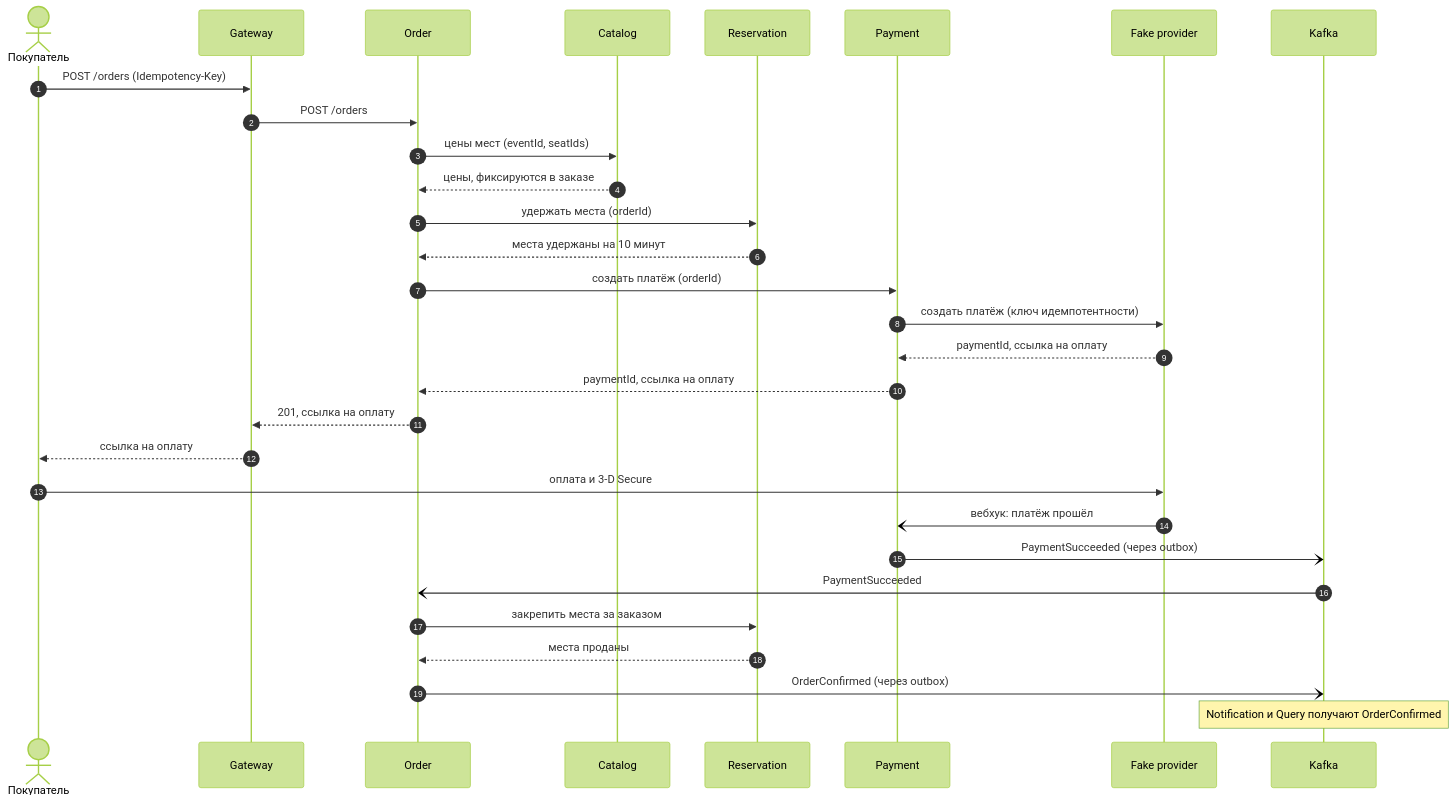
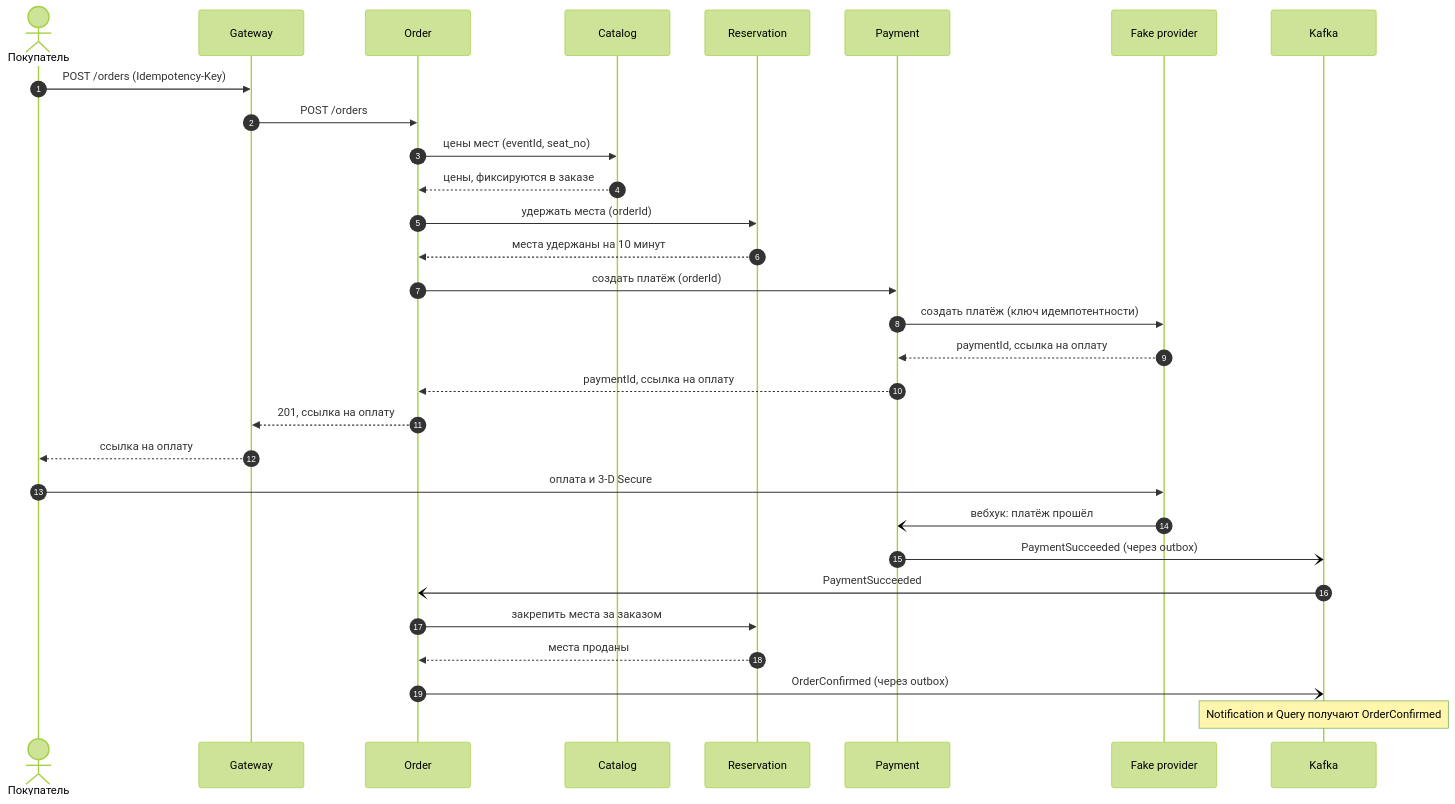
One commit to hokkaidox/tickethub changed the fourth of 4 diagrams in docs/architecture.md. Above: the diagram before and after it, drawn with Mermaid (forest theme). The commit also changed other lines of this file and 6 other files, not shown here.

````diff
--- a/docs/architecture.md
+++ b/docs/architecture.md
@@ -166,33 +166,33 @@
 ```mermaid
 sequenceDiagram
     autonumber
     actor U as Покупатель
     participant G as Gateway
     participant O as Order
     participant C as Catalog
     participant R as Reservation
     participant P as Payment
     participant FP as Fake provider
     participant K as Kafka
 
     U->>G: POST /orders (Idempotency-Key)
     G->>O: POST /orders
-    O->>C: цены мест (eventId, seatIds)
+    O->>C: цены мест (eventId, seat_no)
     C-->>O: цены, фиксируются в заказе
     O->>R: удержать места (orderId)
     R-->>O: места удержаны на 10 минут
     O->>P: создать платёж (orderId)
     P->>FP: создать платёж (ключ идемпотентности)
     FP-->>P: paymentId, ссылка на оплату
     P-->>O: paymentId, ссылка на оплату
     O-->>G: 201, ссылка на оплату
     G-->>U: ссылка на оплату
     U->>FP: оплата и 3-D Secure
     FP-)P: вебхук: платёж прошёл
     P-)K: PaymentSucceeded (через outbox)
     K-)O: PaymentSucceeded
     O->>R: закрепить места за заказом
     R-->>O: места проданы
     O-)K: OrderConfirmed (через outbox)
     Note over K: Notification и Query получают OrderConfirmed
 ```
````
